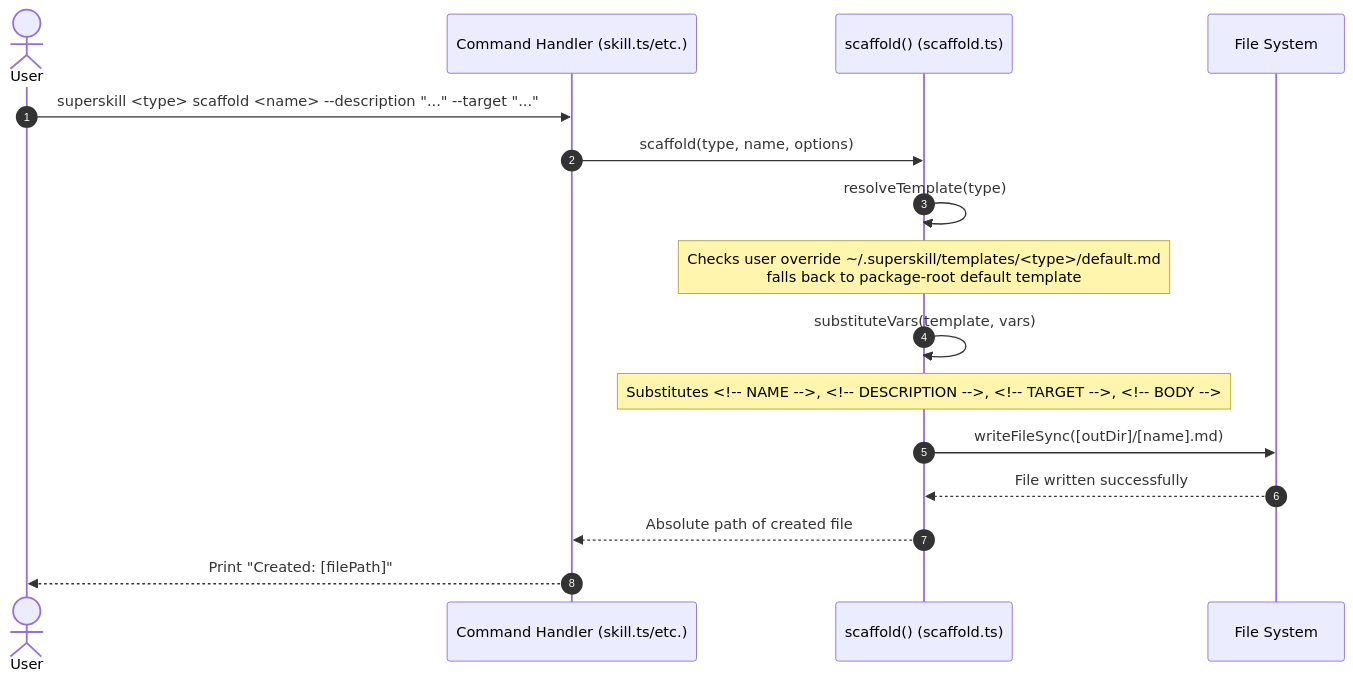
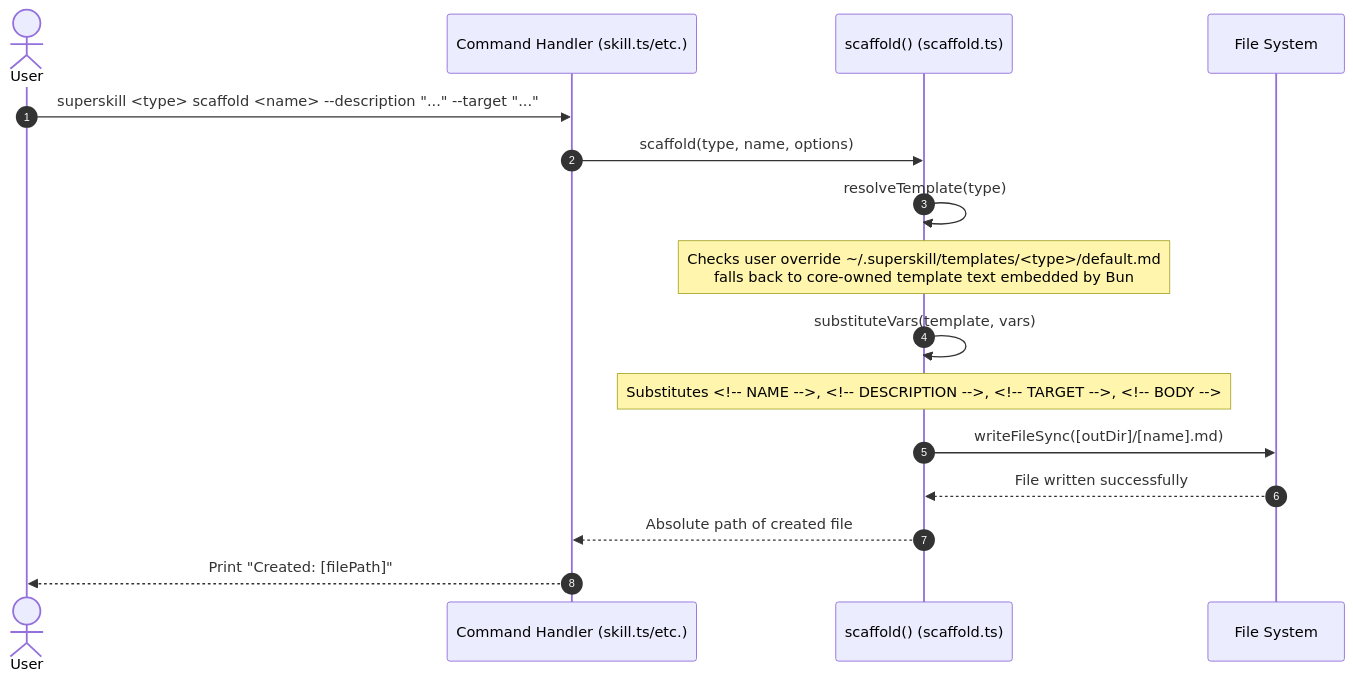
Before and after one commit to gobing-ai/superskill: the fourth of 8 diagrams in docs/03_ARCHITECTURE.md, drawn with Mermaid. The commit also changed other lines of this file and 6 other files, not shown here.

Commit message:
fix(core): embed scaffold templates in Bun bundles

````diff
--- a/docs/03_ARCHITECTURE.md
+++ b/docs/03_ARCHITECTURE.md
@@ -371,19 +373,19 @@
 ```mermaid
 sequenceDiagram
     autonumber
     actor User
     participant CLI as Command Handler (skill.ts/etc.)
     participant Scaffold as scaffold() (scaffold.ts)
     participant FS as File System
 
     User->>CLI: superskill <type> scaffold <name> --description "..." --target "..."
     CLI->>Scaffold: scaffold(type, name, options)
     Scaffold->>Scaffold: resolveTemplate(type)
-    Note over Scaffold: Checks user override ~/.superskill/templates/<type>/default.md<br/>falls back to package-root default template
+    Note over Scaffold: Checks user override ~/.superskill/templates/<type>/default.md<br/>falls back to core-owned template text embedded by Bun
     Scaffold->>Scaffold: substituteVars(template, vars)
     Note over Scaffold: Substitutes <!-- NAME -->, <!-- DESCRIPTION -->, <!-- TARGET -->, <!-- BODY -->
     Scaffold->>FS: writeFileSync([outDir]/[name].md)
     FS-->>Scaffold: File written successfully
     Scaffold-->>CLI: Absolute path of created file
     CLI-->>User: Print "Created: [filePath]"
 ```
````
